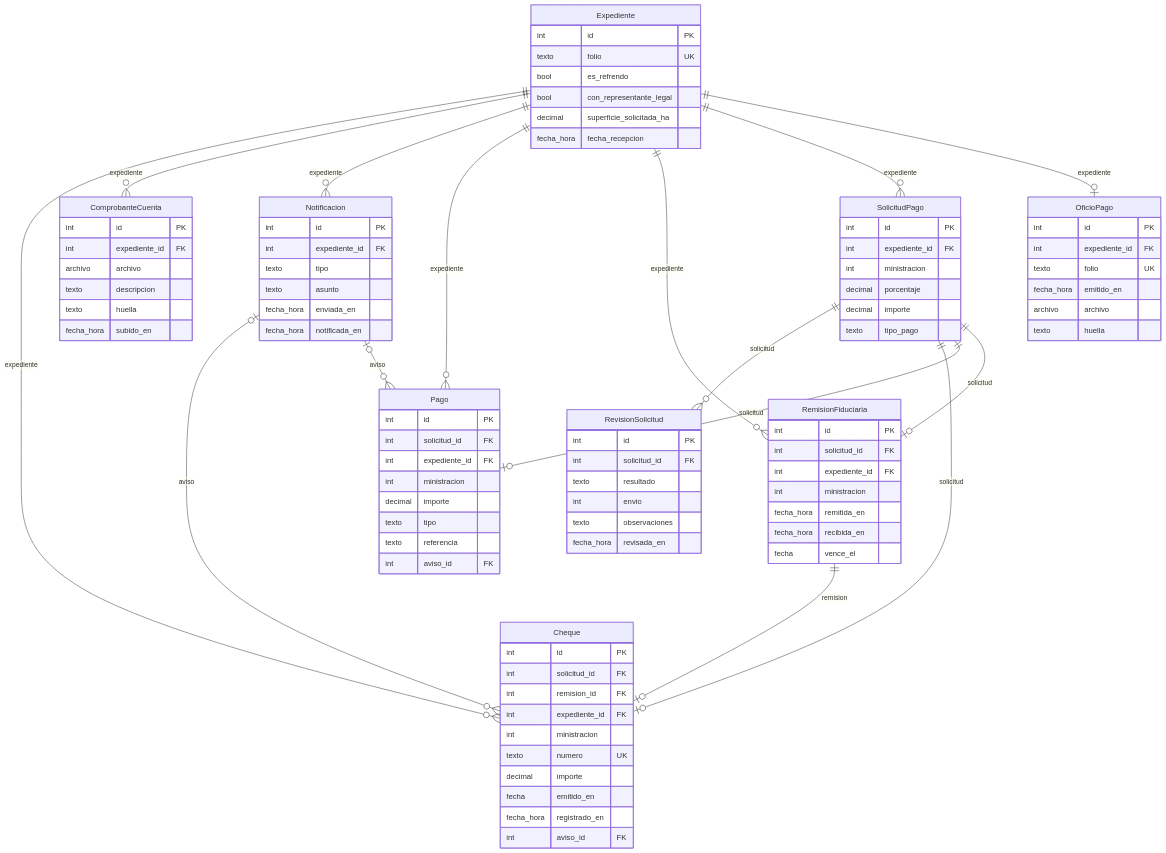
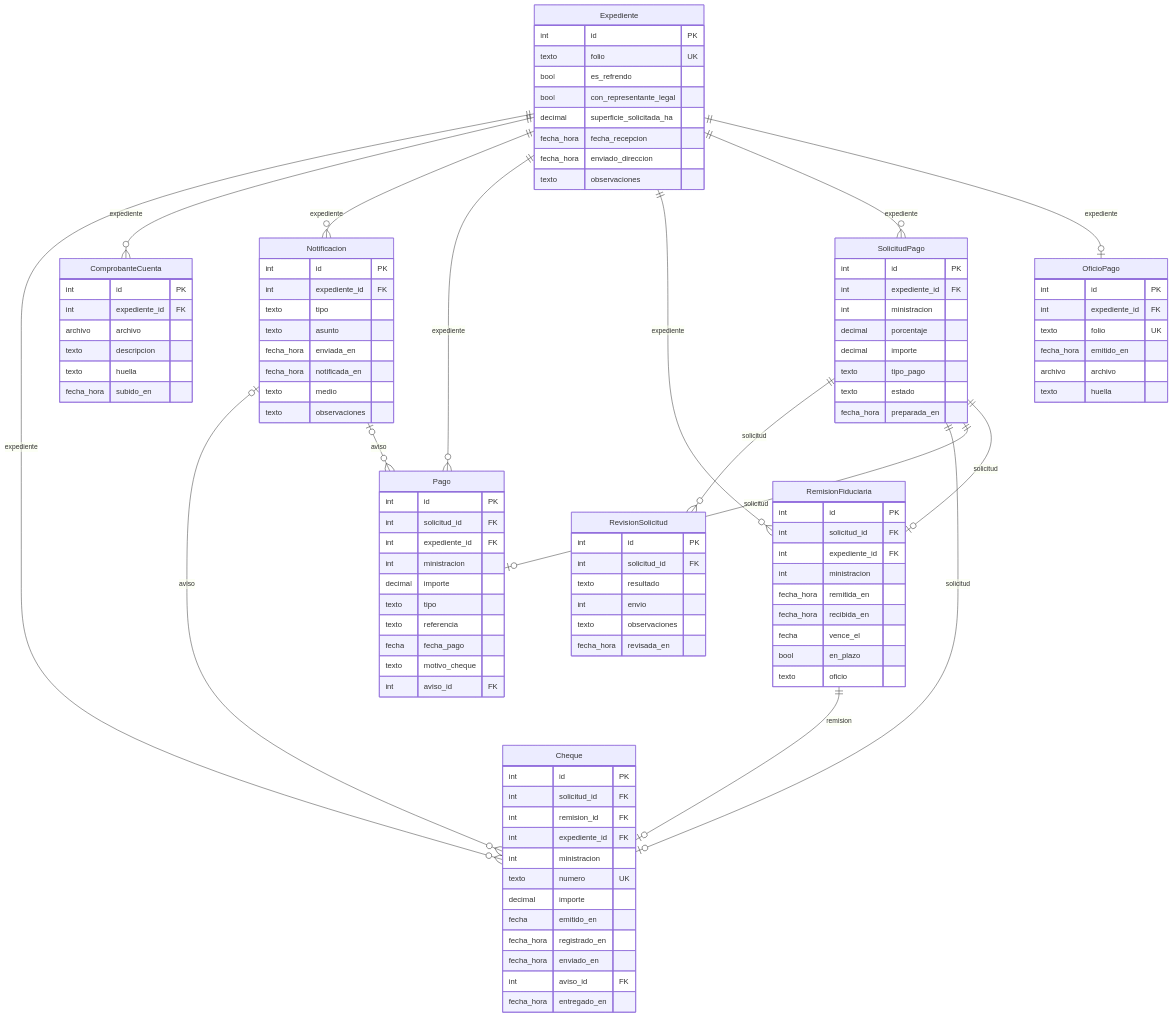
One commit to Zavjosh05/FEPI changed the fifth of 6 diagrams in sistema/docs/modelo_datos.md. Above: the diagram before and after it, drawn with Mermaid. The commit also changed other lines of this file and 26 other files, not shown here.

````diff
--- a/sistema/docs/modelo_datos.md
+++ b/sistema/docs/modelo_datos.md
@@ -742,6 +768,8 @@
     bool con_representante_legal
     decimal superficie_solicitada_ha
     fecha_hora fecha_recepcion
+    fecha_hora enviado_direccion
+    texto observaciones
   }
   Notificacion {
     int id PK
@@ -750,6 +778,8 @@
     texto asunto
     fecha_hora enviada_en
     fecha_hora notificada_en
+    texto medio
+    texto observaciones
   }
   Cheque {
     int id PK
@@ -761,7 +791,9 @@
     decimal importe
     fecha emitido_en
     fecha_hora registrado_en
+    fecha_hora enviado_en
     int aviso_id FK
+    fecha_hora entregado_en
   }
   ComprobanteCuenta {
     int id PK
@@ -787,6 +819,8 @@
     decimal importe
     texto tipo
     texto referencia
+    fecha fecha_pago
+    texto motivo_cheque
     int aviso_id FK
   }
   RemisionFiduciaria {
@@ -797,6 +831,8 @@
     fecha_hora remitida_en
     fecha_hora recibida_en
     fecha vence_el
+    bool en_plazo
+    texto oficio
   }
   RevisionSolicitud {
     int id PK
@@ -813,5 +849,7 @@
     decimal porcentaje
     decimal importe
     texto tipo_pago
+    texto estado
+    fecha_hora preparada_en
   }
 ```
````
